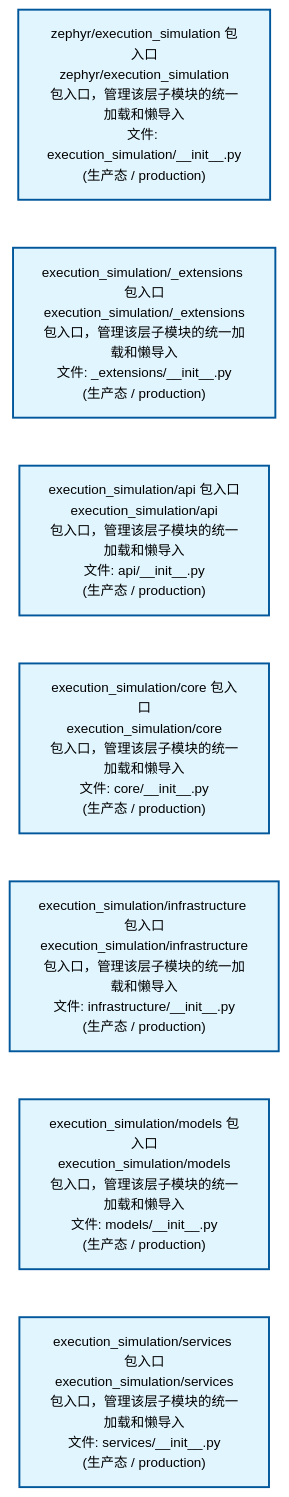
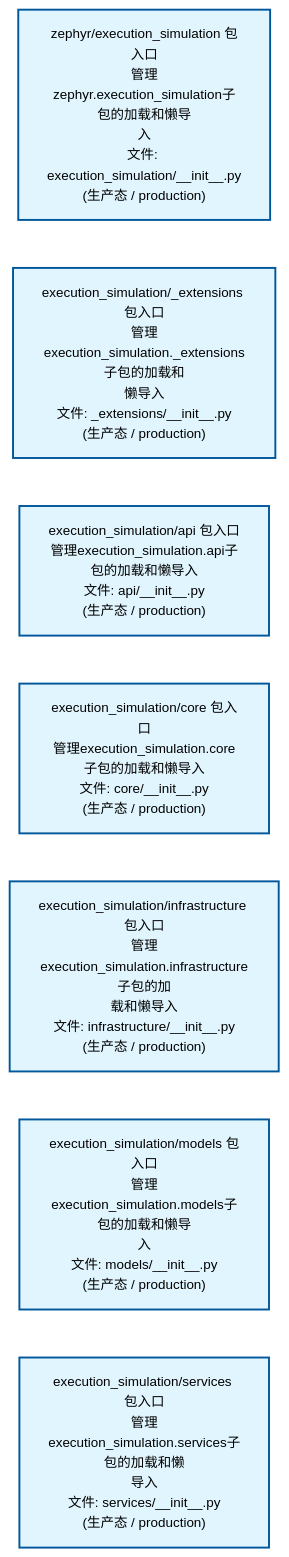
One commit to xuanFelixVan/ZephyrAlpha changed the second of 2 diagrams in docs/02_enterprise_architecture/02_domain_architecture_docs/43_d_exec_sim.md. Above: the diagram before and after it, drawn with Mermaid. The commit also changed other lines of this file and 59 other files, not shown here.

````diff
--- a/docs/02_enterprise_architecture/02_domain_architecture_docs/43_d_exec_sim.md
+++ b/docs/02_enterprise_architecture/02_domain_architecture_docs/43_d_exec_sim.md
@@ -80,22 +80,22 @@
 ```mermaid
 %%{init: {'theme': 'base', 'themeVariables': {'primaryColor': '#eaeaea', 'primaryTextColor': '#333333', 'primaryBorderColor': '#666666', 'lineColor': '#666666', 'secondaryColor': '#eaeaea', 'tertiaryColor': '#eaeaea', 'fontSize': '14px'}}}%%
 flowchart TD
-    src_zephyr_execution_simulation_init_py["zephyr/execution_simulation 包入口<br/>zephyr/execution_simulation<br/>包入口，管理该层子模块的统一加载和懒导入<br/>文件: execution_simulation/__init__.py<br/>(生产态 / production)"]
-    src_zephyr_execution_simulation_extensions_init_py["execution_simulation/_extensions 包入口<br/>execution_simulation/_extensions<br/>包入口，管理该层子模块的统一加载和懒导入<br/>文件: _extensions/__init__.py<br/>(生产态 / production)"]
-    src_zephyr_execution_simulation_api_init_py["execution_simulation/api 包入口<br/>execution_simulation/api<br/>包入口，管理该层子模块的统一加载和懒导入<br/>文件: api/__init__.py<br/>(生产态 / production)"]
-    src_zephyr_execution_simulation_core_init_py["execution_simulation/core 包入口<br/>execution_simulation/core<br/>包入口，管理该层子模块的统一加载和懒导入<br/>文件: core/__init__.py<br/>(生产态 / production)"]
-    src_zephyr_execution_simulation_infrastructure_init_py["execution_simulation/infrastructure 包入口<br/>execution_simulation/infrastructure<br/>包入口，管理该层子模块的统一加载和懒导入<br/>文件: infrastructure/__init__.py<br/>(生产态 / production)"]
-    src_zephyr_execution_simulation_models_init_py["execution_simulation/models 包入口<br/>execution_simulation/models<br/>包入口，管理该层子模块的统一加载和懒导入<br/>文件: models/__init__.py<br/>(生产态 / production)"]
-    src_zephyr_execution_simulation_services_init_py["execution_simulation/services 包入口<br/>execution_simulation/services<br/>包入口，管理该层子模块的统一加载和懒导入<br/>文件: services/__init__.py<br/>(生产态 / production)"]
+    src_zephyr_execution_simulation_init_py["zephyr/execution_simulation 包入口<br/>管理zephyr.execution_simulation子包的加载和懒导<br/>入<br/>文件: execution_simulation/__init__.py<br/>(生产态 / production)"]
+    src_zephyr_execution_simulation_extensions_init_py["execution_simulation/_extensions 包入口<br/>管理execution_simulation._extensions子包的加载和<br/>懒导入<br/>文件: _extensions/__init__.py<br/>(生产态 / production)"]
+    src_zephyr_execution_simulation_api_init_py["execution_simulation/api 包入口<br/>管理execution_simulation.api子包的加载和懒导入<br/>文件: api/__init__.py<br/>(生产态 / production)"]
+    src_zephyr_execution_simulation_core_init_py["execution_simulation/core 包入口<br/>管理execution_simulation.core子包的加载和懒导入<br/>文件: core/__init__.py<br/>(生产态 / production)"]
+    src_zephyr_execution_simulation_infrastructure_init_py["execution_simulation/infrastructure 包入口<br/>管理execution_simulation.infrastructure子包的加<br/>载和懒导入<br/>文件: infrastructure/__init__.py<br/>(生产态 / production)"]
+    src_zephyr_execution_simulation_models_init_py["execution_simulation/models 包入口<br/>管理execution_simulation.models子包的加载和懒导<br/>入<br/>文件: models/__init__.py<br/>(生产态 / production)"]
+    src_zephyr_execution_simulation_services_init_py["execution_simulation/services 包入口<br/>管理execution_simulation.services子包的加载和懒<br/>导入<br/>文件: services/__init__.py<br/>(生产态 / production)"]
     src_zephyr_execution_simulation_init_py ~~~ src_zephyr_execution_simulation_extensions_init_py
     src_zephyr_execution_simulation_extensions_init_py ~~~ src_zephyr_execution_simulation_api_init_py
     src_zephyr_execution_simulation_api_init_py ~~~ src_zephyr_execution_simulation_core_init_py
     src_zephyr_execution_simulation_core_init_py ~~~ src_zephyr_execution_simulation_infrastructure_init_py
     src_zephyr_execution_simulation_infrastructure_init_py ~~~ src_zephyr_execution_simulation_models_init_py
     src_zephyr_execution_simulation_models_init_py ~~~ src_zephyr_execution_simulation_services_init_py
     classDef production fill:#e1f5fe,stroke:#01579b,stroke-width:2px,color:#000
     classDef design fill:#fff3e0,stroke:#e65100,stroke-width:2px,color:#000,stroke-dasharray: 5 5
     classDef external_prod fill:#e8f4fd,stroke:#0277bd,stroke-width:1px,color:#000
     classDef external_design fill:#fff8e7,stroke:#ef6c00,stroke-width:1px,color:#000,stroke-dasharray: 5 5
     class src_zephyr_execution_simulation_init_py,src_zephyr_execution_simulation_extensions_init_py,src_zephyr_execution_simulation_api_init_py,src_zephyr_execution_simulation_core_init_py,src_zephyr_execution_simulation_infrastructure_init_py,src_zephyr_execution_simulation_models_init_py,src_zephyr_execution_simulation_services_init_py production
 ```
````
